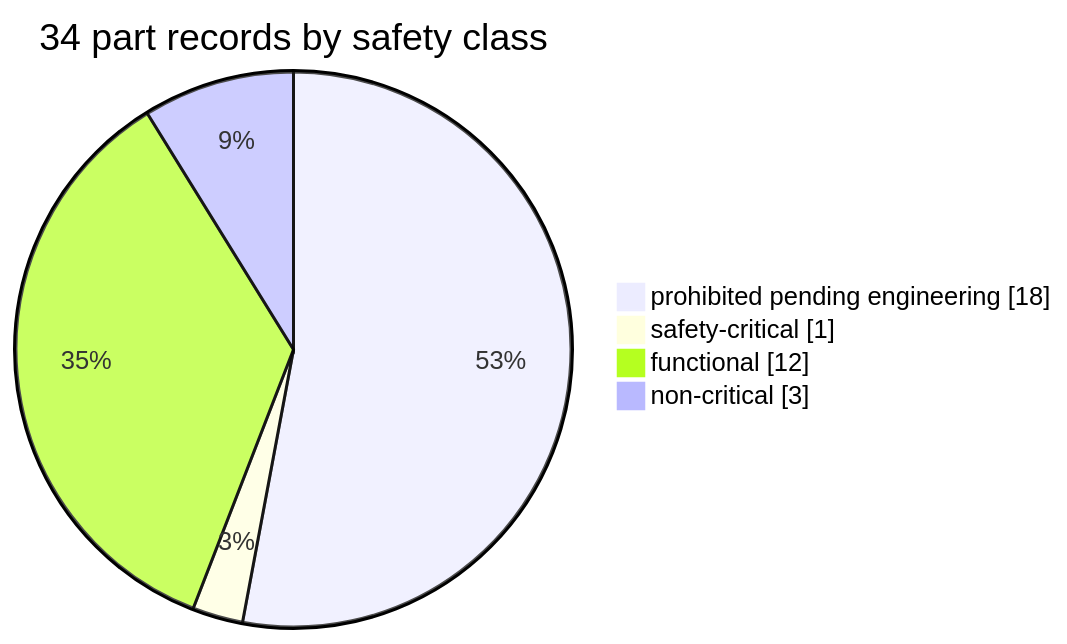
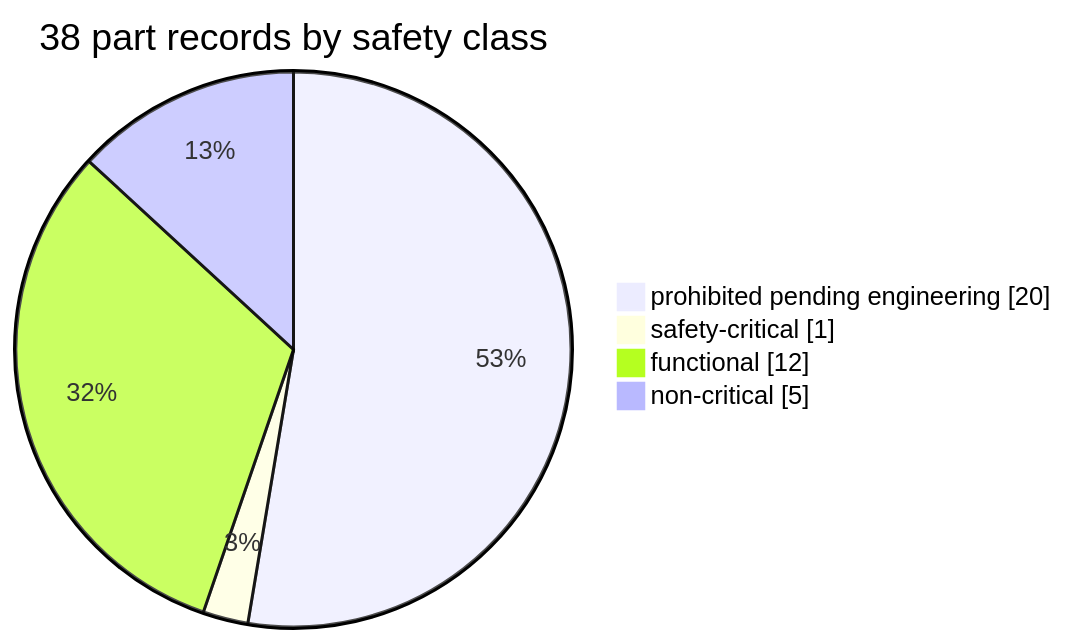
One commit to cluster2600/porscheparts changed the second of 4 diagrams in README.md. Above: the diagram before and after it, drawn with Mermaid. The commit also changed other lines of this file and 11 other files, not shown here.

````diff
--- a/README.md
+++ b/README.md
@@ -225,7 +225,7 @@
 ```mermaid
-pie showData title 34 part records by safety class
-    "prohibited pending engineering" : 18
+pie showData title 38 part records by safety class
+    "prohibited pending engineering" : 20
     "safety-critical" : 1
     "functional" : 12
-    "non-critical" : 3
+    "non-critical" : 5
 ```
````
